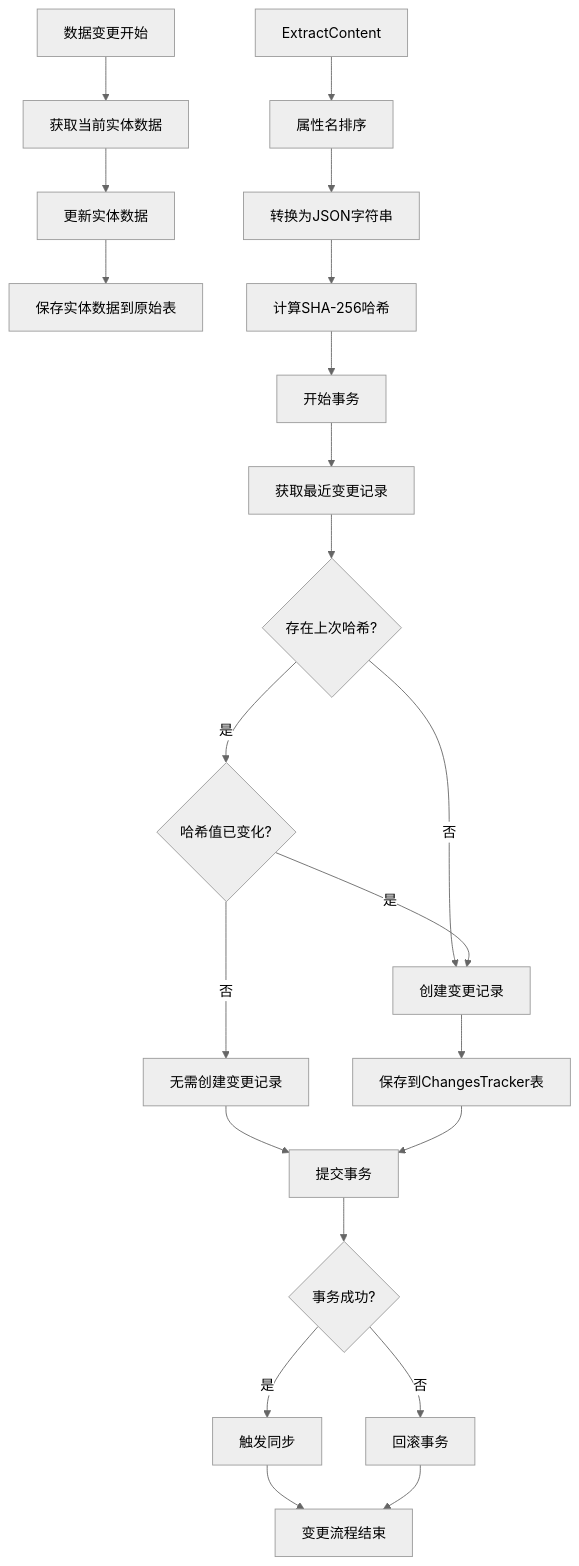
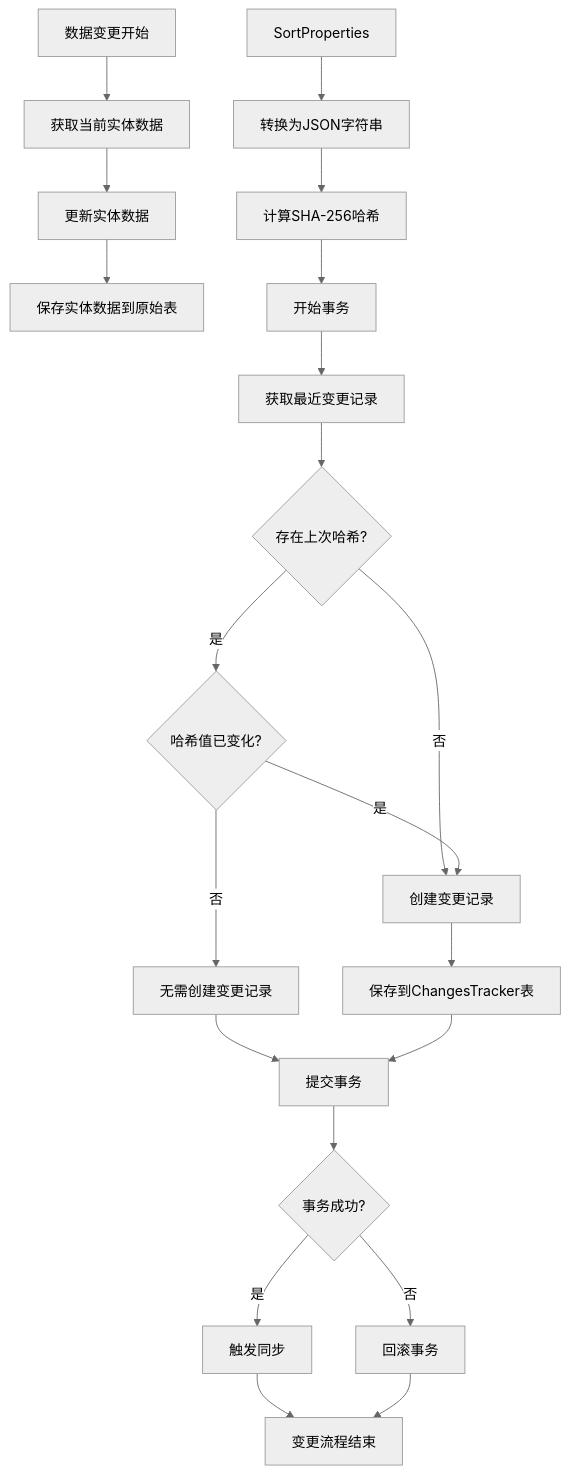
One commit to yingjianzh/iodraw-files changed the diagram in all/未命名-40.md. Above: the diagram before and after it, drawn with Mermaid (neutral theme).

Commit message:
2025-04-23 18:16:43 update

````diff
--- a/all/未命名-40.md
+++ b/all/未命名-40.md
@@ -1,32 +1,30 @@
 ```mermaid
 flowchart TD
     Start[数据变更开始] --> GetEntity[获取当前实体数据]
     GetEntity --> UpdateData[更新实体数据]
     UpdateData --> SaveEntity[保存实体数据到原始表]
     
-    
-    ExtractContent --> SortProperties[属性名排序]
     SortProperties --> ConvertToJson[转换为JSON字符串]
     ConvertToJson --> ComputeSHA256[计算SHA-256哈希]
     
     ComputeSHA256 --> BeginTx[开始事务]
     BeginTx --> GetLastChange[获取最近变更记录]
     
     GetLastChange --> HashExists{存在上次哈希?}
     HashExists -- 是 --> CompareHash{哈希值已变化?}
     HashExists -- 否 --> CreateChange[创建变更记录]
     
     CompareHash -- 是 --> CreateChange
     CompareHash -- 否 --> NoChangeNeeded[无需创建变更记录]
     
     CreateChange --> SaveChange[保存到ChangesTracker表]
     NoChangeNeeded --> CommitTx[提交事务]
     
     SaveChange --> CommitTx
     CommitTx --> Success{事务成功?}
     Success -- 是 --> TriggerSync[触发同步]
     Success -- 否 --> RollbackTx[回滚事务]
     
     TriggerSync --> End[变更流程结束]
     RollbackTx --> End
 ```
````
